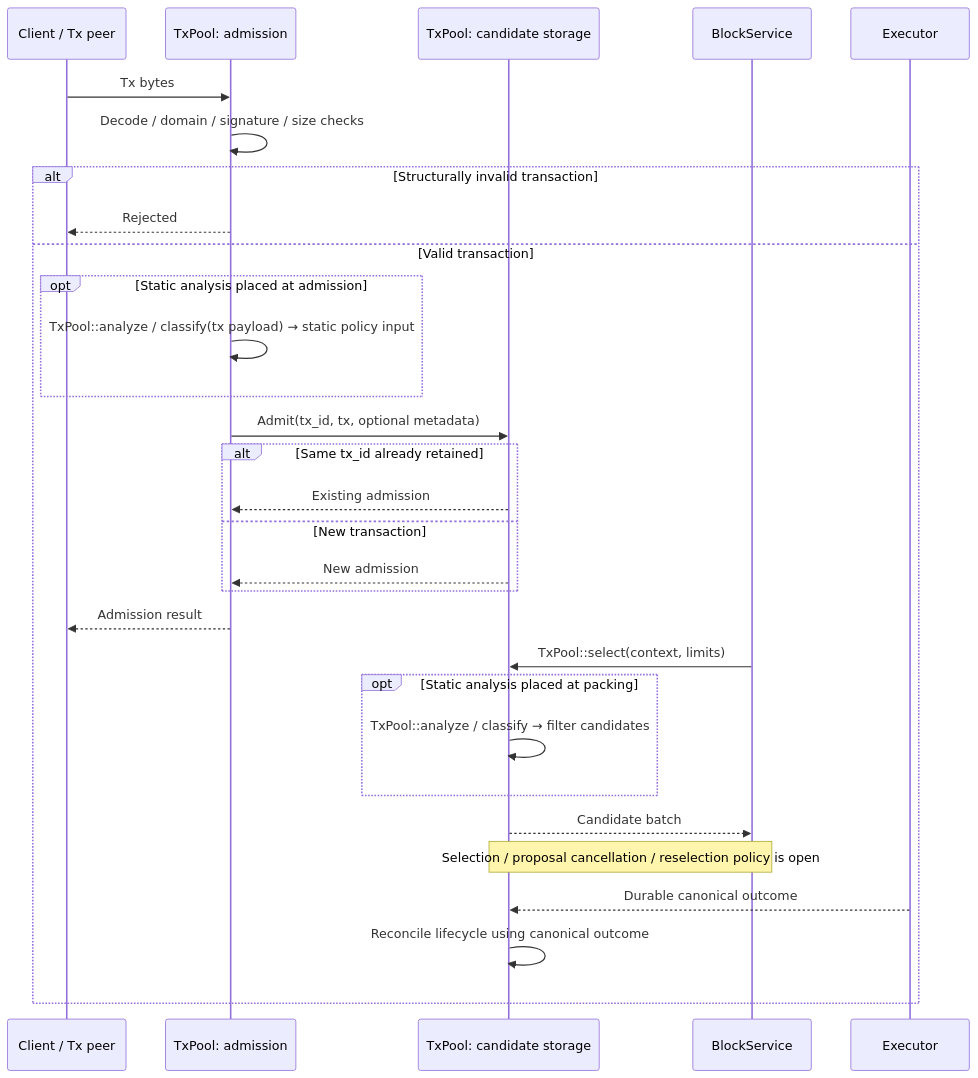
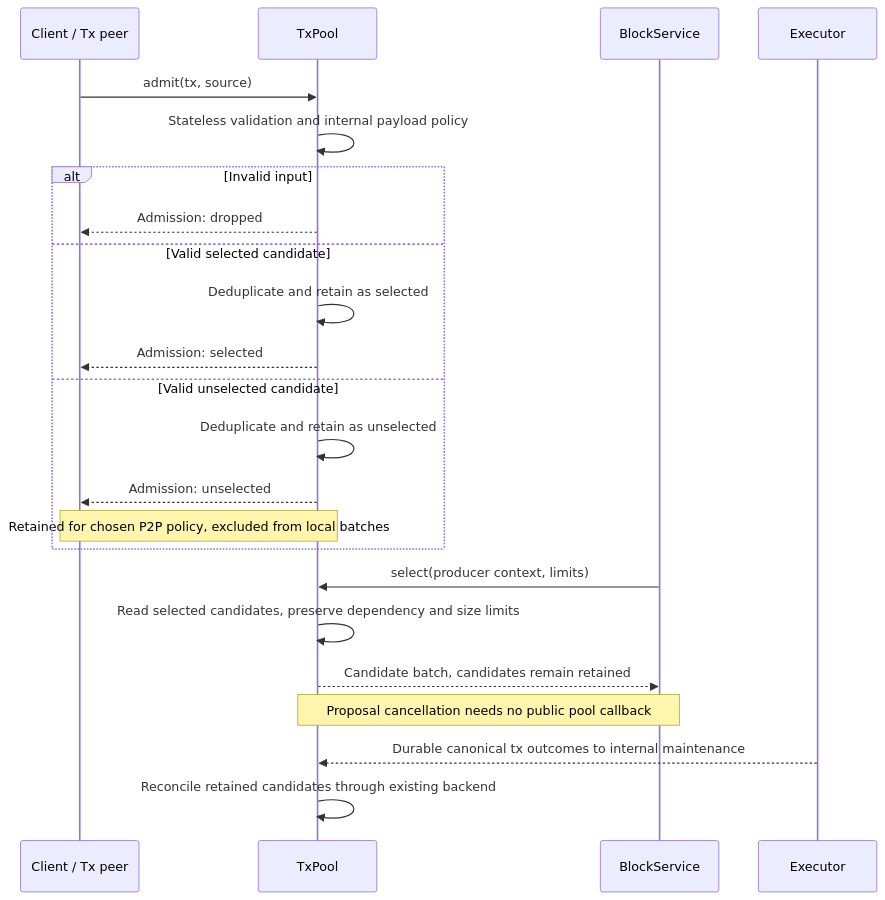
The diagram in docs/assets/diagrams/diagram-03.mmd (djm07073/baton-research), drawn with Mermaid before and after one commit. The commit also changed 78 other files, not shown here.

```diff
--- a/docs/assets/diagrams/diagram-03.mmd
+++ b/docs/assets/diagrams/diagram-03.mmd
@@ -1,30 +1,23 @@
 sequenceDiagram
     participant C as Client / Tx peer
-    participant A as TxPool: admission
-    participant P as TxPool: candidate storage
+    participant P as TxPool
     participant B as BlockService
-    participant O as Executor
-    C->>A: Tx bytes
-    A->>A: Decode / domain / signature / size checks
-    alt Structurally invalid transaction
-        A-->>C: Rejected
-    else Valid transaction
-        opt Static analysis placed at admission
-            A->>A: TxPool::analyze / classify(tx payload) → static policy input
-        end
-        A->>P: Admit(tx_id, tx, optional metadata)
-        alt Same tx_id already retained
-            P-->>A: Existing admission
-        else New transaction
-            P-->>A: New admission
-        end
-        A-->>C: Admission result
-        B->>P: TxPool::select(context, limits)
-        opt Static analysis placed at packing
-            P->>P: TxPool::analyze / classify → filter candidates
-        end
-        P-->>B: Candidate batch
-        Note over P,B: Selection / proposal cancellation / reselection policy is open
-        O-->>P: Durable canonical outcome
-        P->>P: Reconcile lifecycle using canonical outcome
+    participant E as Executor
+    C->>P: admit(tx, source)
+    P->>P: Stateless validation and internal payload policy
+    alt Invalid input
+        P-->>C: Admission: dropped
+    else Valid selected candidate
+        P->>P: Deduplicate and retain as selected
+        P-->>C: Admission: selected
+    else Valid unselected candidate
+        P->>P: Deduplicate and retain as unselected
+        P-->>C: Admission: unselected
+        Note over C,P: Retained for chosen P2P policy, excluded from local batches
     end
+    B->>P: select(producer context, limits)
+    P->>P: Read selected candidates, preserve dependency and size limits
+    P-->>B: Candidate batch, candidates remain retained
+    Note over P,B: Proposal cancellation needs no public pool callback
+    E-->>P: Durable canonical tx outcomes to internal maintenance
+    P->>P: Reconcile retained candidates through existing backend
```
